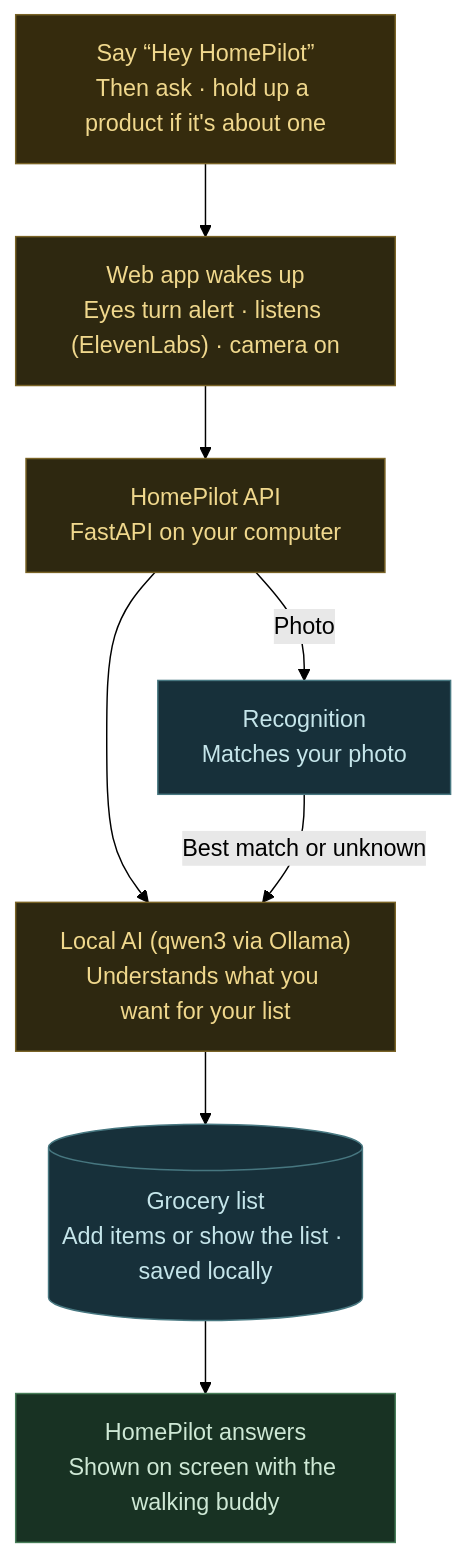
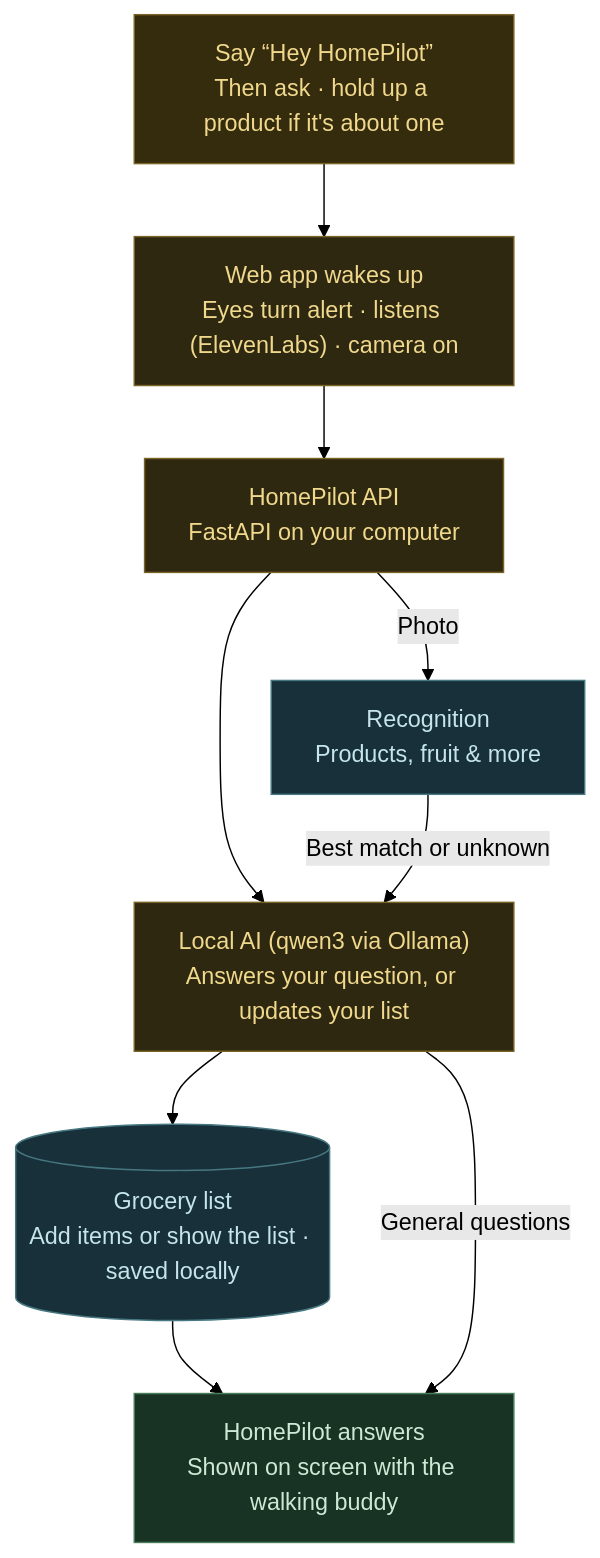
One commit to dhyansuresh/home-assistant changed the diagram in docs/assets/homepilot-process.mmd. Above: the diagram before and after it, drawn with Mermaid (forest theme). The commit also changed 3 other files, not shown here.

Commit message:
Update README and diagram for general questions and everyday items

```diff
--- a/docs/assets/homepilot-process.mmd
+++ b/docs/assets/homepilot-process.mmd
@@ -1,21 +1,22 @@
 flowchart TD
     wake["Say “Hey HomePilot”<br/>Then ask · hold up a product if it's about one"]
     web["Web app wakes up<br/>Eyes turn alert · listens (ElevenLabs) · camera on"]
     api["HomePilot API<br/>FastAPI on your computer"]
-    vision["Recognition<br/>Matches your photo"]
-    llm["Local AI (qwen3 via Ollama)<br/>Understands what you want for your list"]
+    vision["Recognition<br/>Products, fruit & more"]
+    llm["Local AI (qwen3 via Ollama)<br/>Answers your question, or updates your list"]
     list[("Grocery list<br/>Add items or show the list · saved locally")]
     answer["HomePilot answers<br/>Shown on screen with the walking buddy"]
 
     wake --> web --> api --> llm --> list --> answer
     api -->|"Photo"| vision
     vision -->|"Best match or unknown"| llm
+    llm -->|"General questions"| answer
 
     classDef input fill:#352b0d,stroke:#796326,color:#f0d88d,stroke-width:1px;
     classDef process fill:#2e2810,stroke:#796326,color:#f0d88d,stroke-width:1px;
     classDef tool fill:#17303a,stroke:#477780,color:#c5e5ea,stroke-width:1px;
     classDef outcome fill:#183223,stroke:#477d58,color:#cee8d5,stroke-width:1px;
     class wake input;
     class web,api,llm process;
     class vision,list tool;
     class answer outcome;
```
